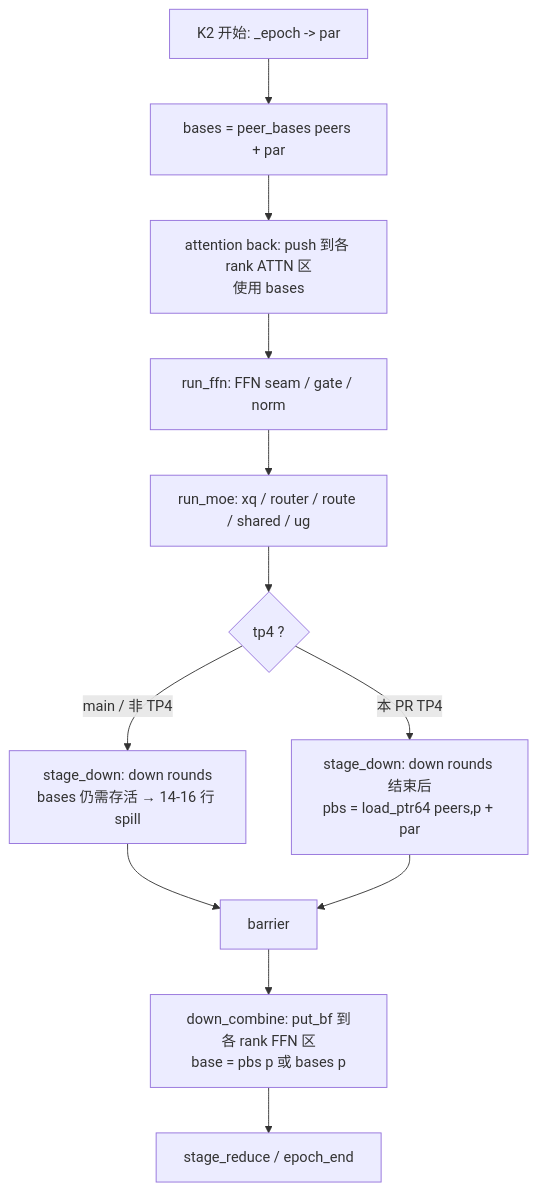
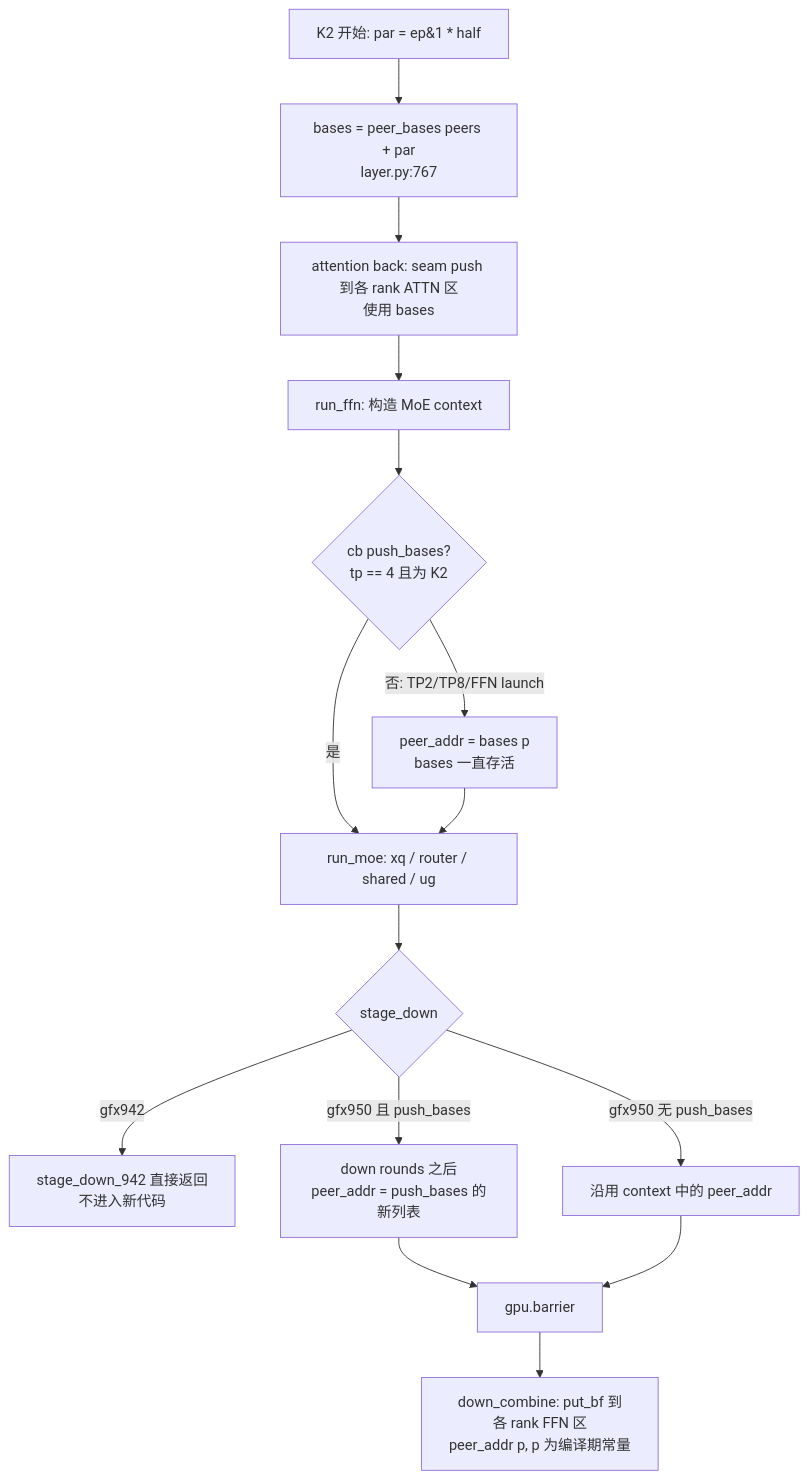
Before and after one commit to shen-shanshan/vllm-dev-skills: the first of 2 diagrams in skills/vllm-rocm-pr-review/outputs/pr-63892-review.md, drawn with Mermaid. The commit also changed other lines of this file, not shown here.

````diff
--- a/skills/vllm-rocm-pr-review/outputs/pr-63892-review.md
+++ b/skills/vllm-rocm-pr-review/outputs/pr-63892-review.md
@@ -46,14 +47,17 @@
 ```mermaid
 flowchart TD
-    A[K2 开始: _epoch -> par] --> B[bases = peer_bases peers + par]
-    B --> C[attention back: push 到各 rank ATTN 区<br/>使用 bases]
-    C --> D[run_ffn: FFN seam / gate / norm]
-    D --> E[run_moe: xq / router / route / shared / ug]
-    E --> F{tp4 ?}
-    F -- main / 非 TP4 --> G[stage_down: down rounds<br/>bases 仍需存活 → 14-16 行 spill]
-    F -- 本 PR TP4 --> H[stage_down: down rounds 结束后<br/>pbs = load_ptr64 peers,p + par]
-    G --> I[barrier]
-    H --> I
-    I --> J[down_combine: put_bf 到各 rank FFN 区<br/>base = pbs p 或 bases p]
-    J --> K[stage_reduce / epoch_end]
+    A[K2 开始: par = ep&1 * half] --> B[bases = peer_bases peers + par<br/>layer.py:767]
+    B --> C[attention back: seam push 到各 rank ATTN 区<br/>使用 bases]
+    C --> D[run_ffn: 构造 MoE context]
+    D --> E{cb push_bases?<br/>tp == 4 且为 K2}
+    E -- 否: TP2/TP8/FFN launch --> F[peer_addr = bases p<br/>bases 一直存活]
+    E -- 是 --> G[run_moe: xq / router / shared / ug]
+    F --> G
+    G --> H{stage_down}
+    H -- gfx942 --> I[stage_down_942 直接返回<br/>不进入新代码]
+    H -- gfx950 且 push_bases --> J[down rounds 之后<br/>peer_addr = push_bases 的新列表]
+    H -- gfx950 无 push_bases --> K[沿用 context 中的 peer_addr]
+    J --> L[gpu.barrier]
+    K --> L
+    L --> M[down_combine: put_bf 到各 rank FFN 区<br/>peer_addr p, p 为编译期常量]
 ```
````
